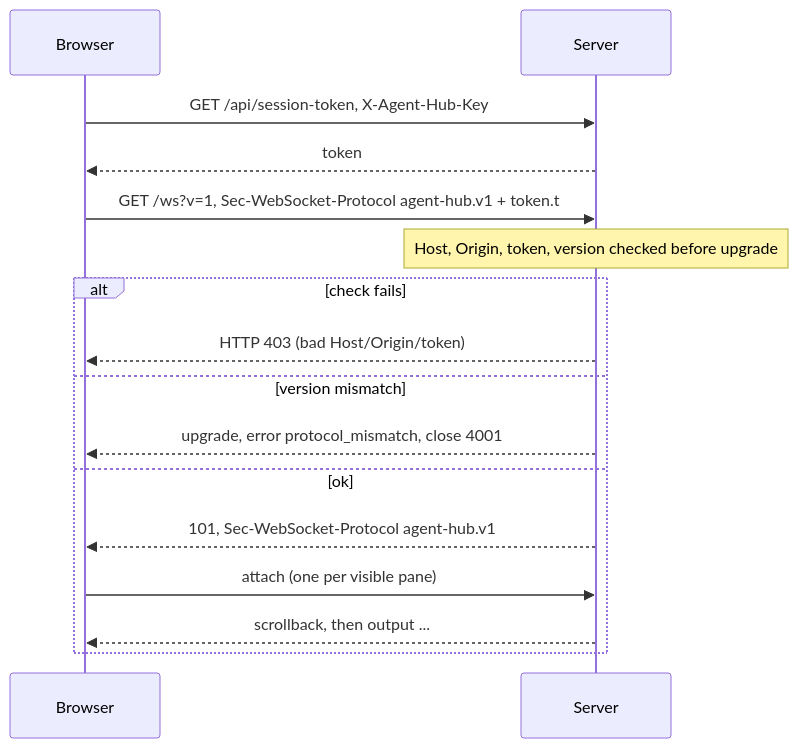
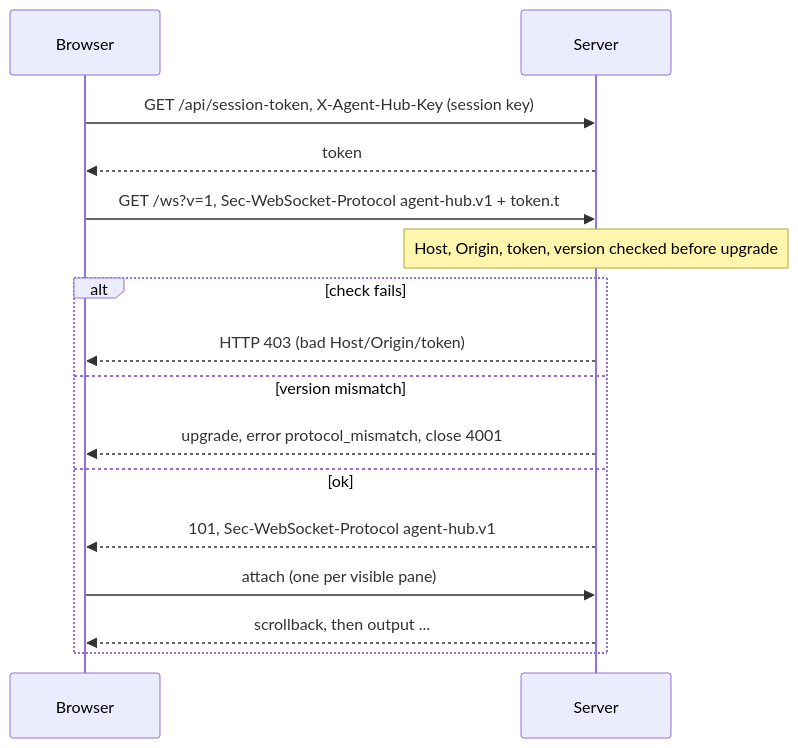
One commit to Dev-Sebi/Paneful-Manager changed the third of 7 diagrams in docs/architecture.md. Above: the diagram before and after it, drawn with Mermaid. The commit also changed other lines of this file and 37 other files, not shown here.

````diff
--- a/docs/architecture.md
+++ b/docs/architecture.md
@@ -137,18 +137,18 @@
 ```mermaid
 sequenceDiagram
     participant C as Browser
     participant S as Server
-    C->>S: GET /api/session-token, X-Agent-Hub-Key
+    C->>S: GET /api/session-token, X-Agent-Hub-Key (session key)
     S-->>C: token
     C->>S: GET /ws?v=1, Sec-WebSocket-Protocol agent-hub.v1 + token.t
     Note over S: Host, Origin, token, version checked before upgrade
     alt check fails
         S-->>C: HTTP 403 (bad Host/Origin/token)
     else version mismatch
         S-->>C: upgrade, error protocol_mismatch, close 4001
     else ok
         S-->>C: 101, Sec-WebSocket-Protocol agent-hub.v1
         C->>S: attach (one per visible pane)
         S-->>C: scrollback, then output ...
     end
 ```
````
